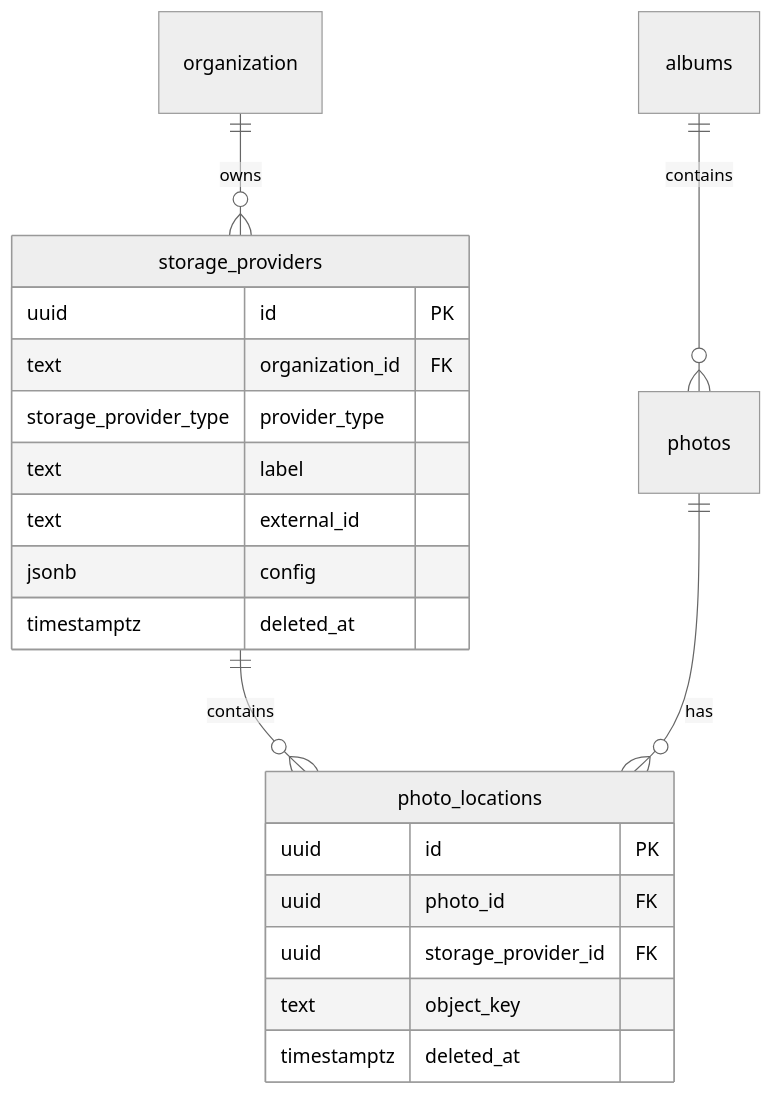
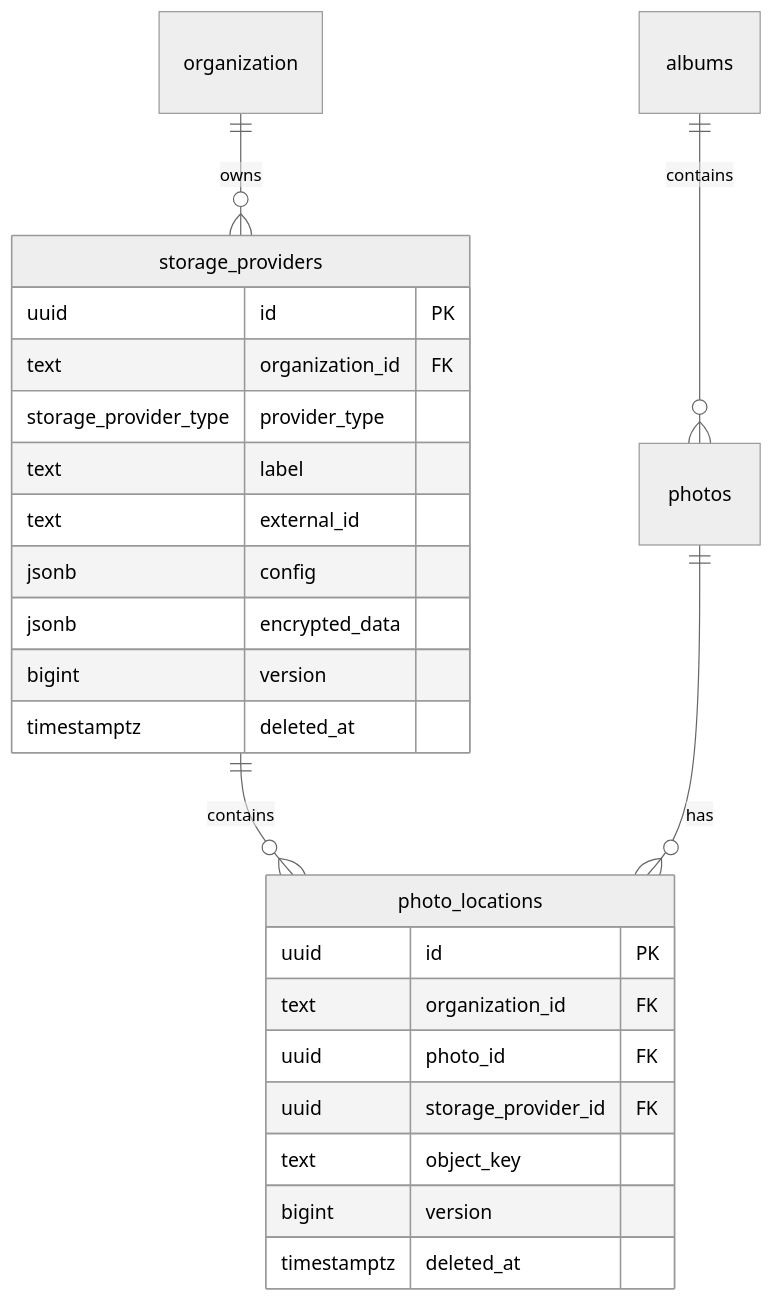
The diagram in docs/PHOTO_LOCATIONS.md (pchilton/lofipix), drawn with Mermaid (neutral theme) before and after one commit. The commit also changed other lines of this file and 65 other files, not shown here.

````diff
--- a/docs/PHOTO_LOCATIONS.md
+++ b/docs/PHOTO_LOCATIONS.md
@@ -22,25 +22,29 @@
 ```mermaid
 erDiagram
     organization ||--o{ storage_providers : owns
     storage_providers ||--o{ photo_locations : contains
     albums ||--o{ photos : contains
     photos ||--o{ photo_locations : has
 
     storage_providers {
         uuid id PK
         text organization_id FK
         storage_provider_type provider_type
         text label
         text external_id
         jsonb config
+        jsonb encrypted_data
+        bigint version
         timestamptz deleted_at
     }
 
     photo_locations {
         uuid id PK
+        text organization_id FK
         uuid photo_id FK
         uuid storage_provider_id FK
         text object_key
+        bigint version
         timestamptz deleted_at
     }
 ```
````
